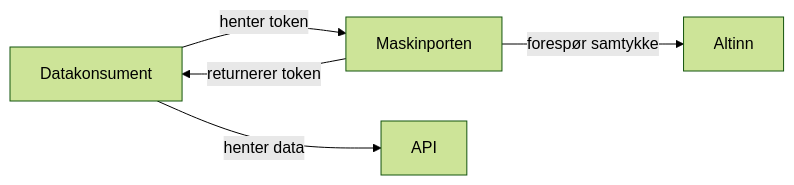
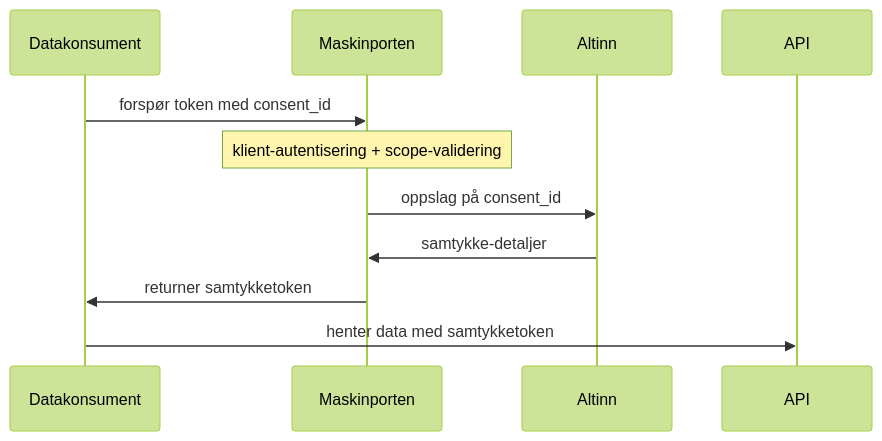
The diagram in samtykketoken_i_maskinporten.md (joergenb/oauth), drawn with Mermaid (forest theme) before and after one commit.

````diff
--- a/samtykketoken_i_maskinporten.md
+++ b/samtykketoken_i_maskinporten.md
@@ -15,7 +15,9 @@
 ```mermaid
-graph LR;
-  Datakonsument-->|henter token|Maskinporten
-  Maskinporten-->|forespør samtykke|Altinn
-  Maskinporten-->|returnerer token|Datakonsument
-  Datakonsument-->|henter data|API
+sequenceDiagram;
+  Datakonsument->>Maskinporten: forspør token med consent_id
+  note over Maskinporten: klient-autentisering + scope-validering
+  Maskinporten->>Altinn: oppslag på consent_id
+  Altinn->>Maskinporten: samtykke-detaljer
+  Maskinporten->>Datakonsument: returner samtykketoken
+  Datakonsument->>API: henter data med samtykketoken
 ```
````
